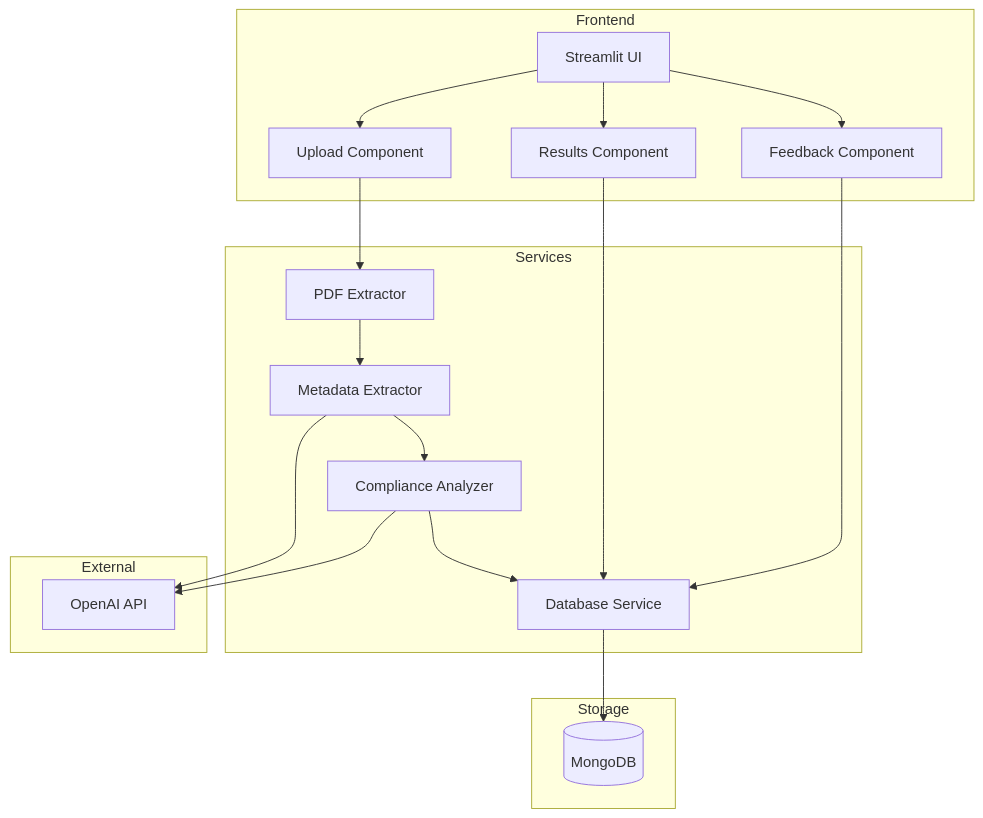
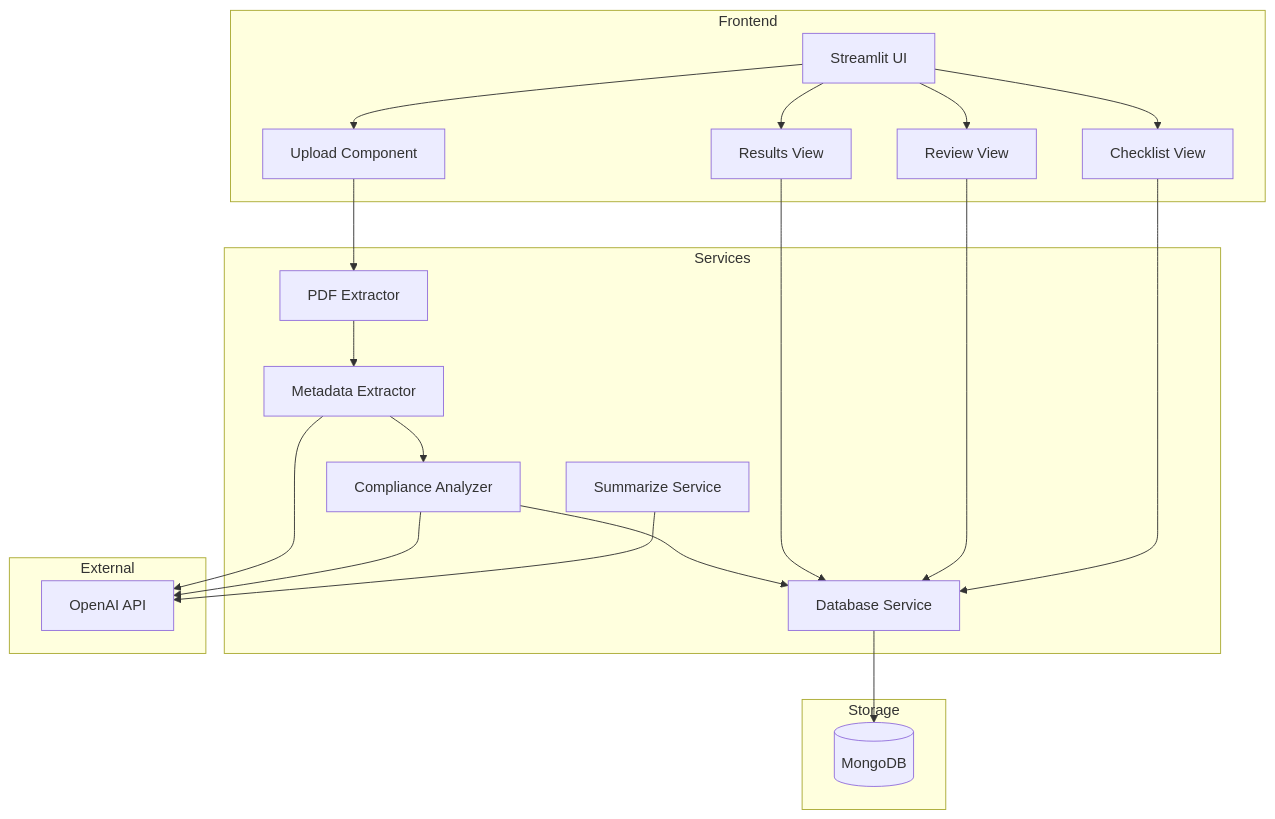
The first of 2 diagrams in docs/architecture.md (juusorepo/reproai), drawn with Mermaid before and after one commit. The commit also changed other lines of this file and 5 other files, not shown here.

````diff
--- a/docs/architecture.md
+++ b/docs/architecture.md
@@ -9,37 +9,42 @@
 ```mermaid
 graph TD
     subgraph Frontend
         UI[Streamlit UI]
         Upload[Upload Component]
-        Results[Results Component]
-        Feedback[Feedback Component]
+        Results[Results View]
+        Review[Review View]
+        Checklist[Checklist View]
     end
 
     subgraph Services
         PDF[PDF Extractor]
         Meta[Metadata Extractor]
         Analyzer[Compliance Analyzer]
         DB[Database Service]
+        Summary[Summarize Service]
     end
 
     subgraph Storage
         Mongo[(MongoDB)]
     end
 
     subgraph External
         OpenAI[OpenAI API]
     end
 
     UI --> Upload
     UI --> Results
-    UI --> Feedback
+    UI --> Review
+    UI --> Checklist
     Upload --> PDF
     PDF --> Meta
     Meta --> Analyzer
     Analyzer --> DB
     DB --> Mongo
     Meta --> OpenAI
     Analyzer --> OpenAI
+    Summary --> OpenAI
     Results --> DB
-    Feedback --> DB
+    Review --> DB
+    Checklist --> DB
 ```
````
